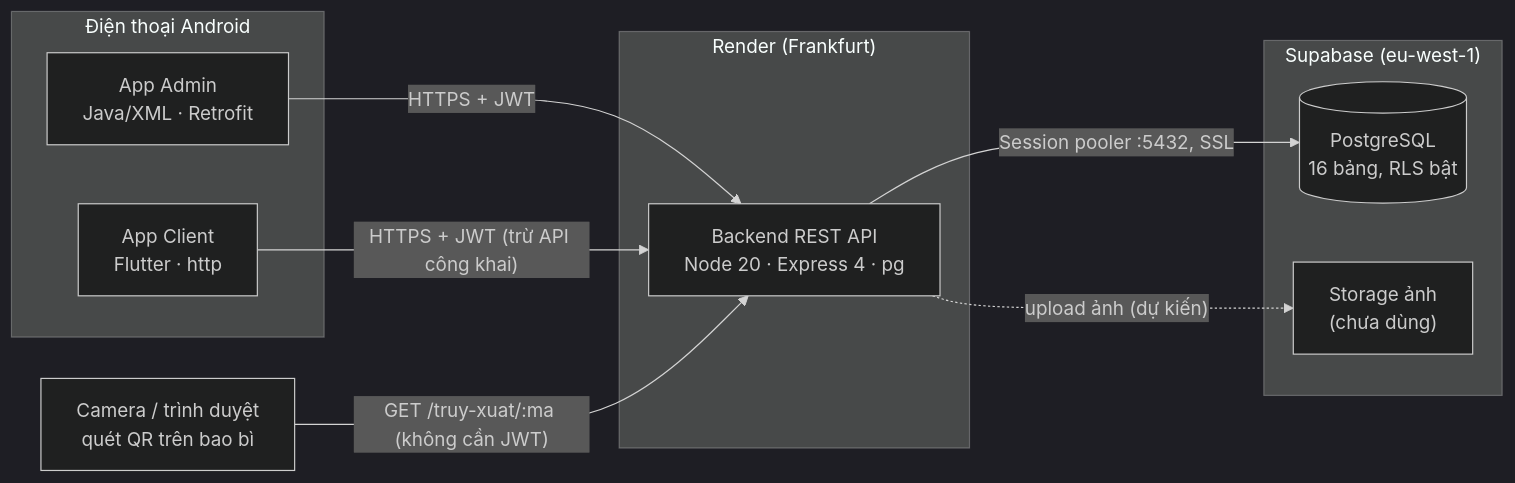
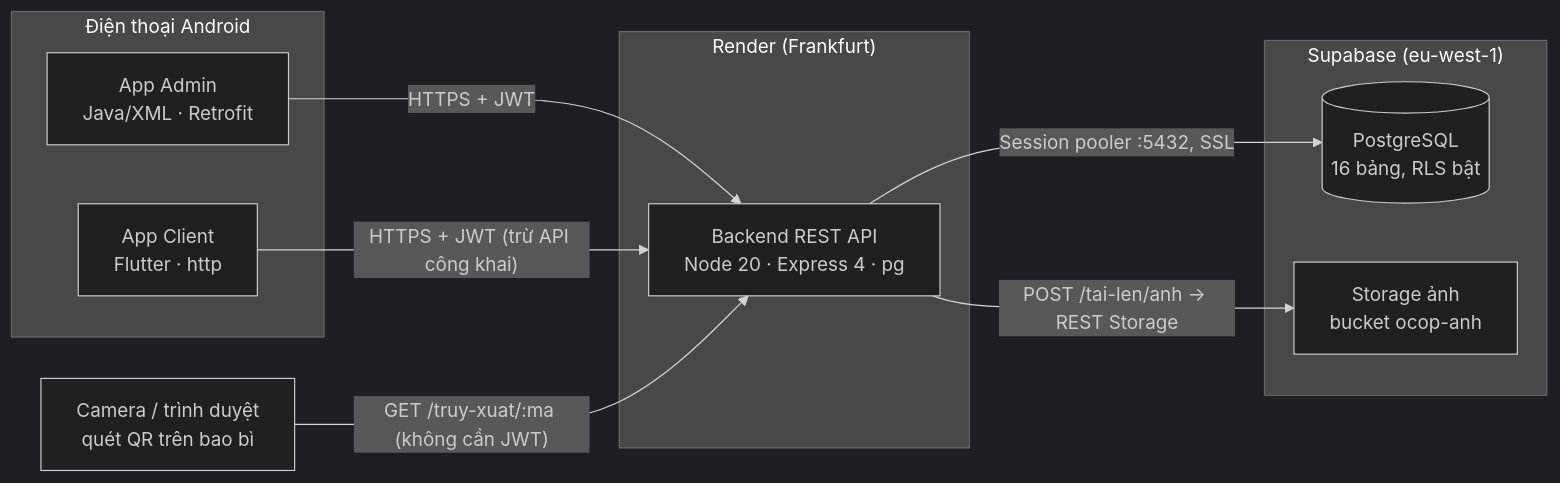
One commit to TruongSoCute/Gugugaga-AndroidProject changed the first of 2 diagrams in docs/development/Architecture.md. Above: the diagram before and after it, drawn with Mermaid (dark theme). The commit also changed other lines of this file and 58 other files, not shown here.

First line of the commit message:
Backend: nha cung cap dung app Client, danh gia, phan anh, yeu thich, bao cao, tai anh

````diff
--- a/docs/development/Architecture.md
+++ b/docs/development/Architecture.md
@@ -13,20 +13,20 @@
 ```mermaid
 flowchart LR
   subgraph DT["Điện thoại Android"]
     A["App Admin<br/>Java/XML · Retrofit"]
     C["App Client<br/>Flutter · http"]
   end
   Q["Camera / trình duyệt<br/>quét QR trên bao bì"]
   subgraph R["Render (Frankfurt)"]
     B["Backend REST API<br/>Node 20 · Express 4 · pg"]
   end
   subgraph S["Supabase (eu-west-1)"]
     D[("PostgreSQL<br/>16 bảng, RLS bật")]
-    ST["Storage ảnh<br/>(chưa dùng)"]
+    ST["Storage ảnh<br/>bucket ocop-anh"]
   end
   A -- "HTTPS + JWT" --> B
   C -- "HTTPS + JWT (trừ API công khai)" --> B
   Q -- "GET /truy-xuat/:ma (không cần JWT)" --> B
   B -- "Session pooler :5432, SSL" --> D
-  B -. "upload ảnh (dự kiến)" .-> ST
+  B -- "POST /tai-len/anh → REST Storage" --> ST
 ```
````
